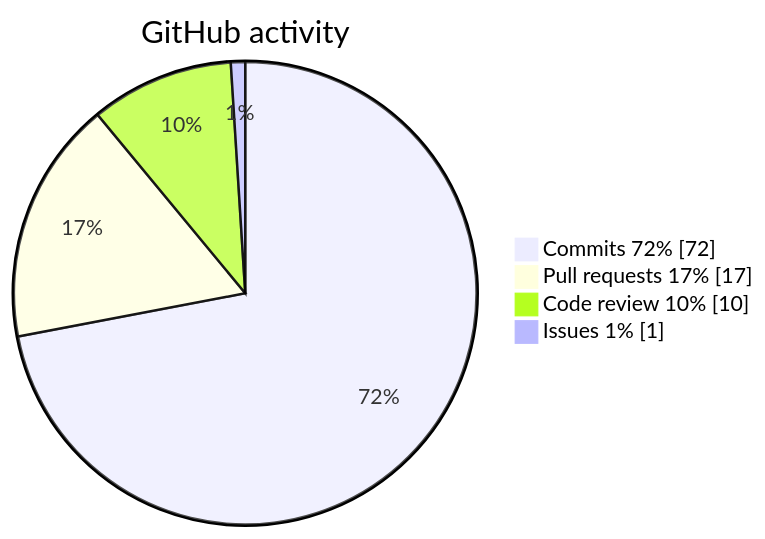
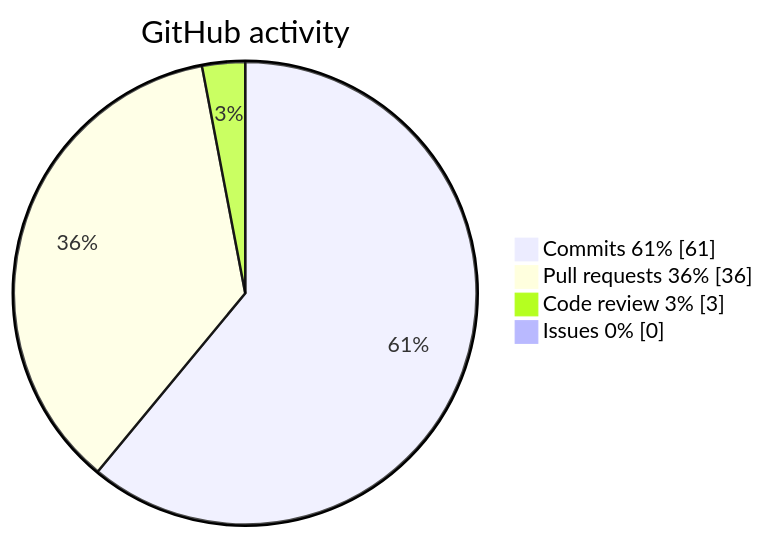
One commit to krotname/KrotName changed the diagram in README.en.md. Above: the diagram before and after it, drawn with Mermaid. The commit also changed other lines of this file and 1 other file, not shown here.

Commit message:
Update profile metrics

````diff
--- a/README.en.md
+++ b/README.en.md
@@ -48,8 +48,8 @@
 ```mermaid
 pie showData
     title GitHub activity
-    "Commits 72%" : 72
-    "Pull requests 17%" : 17
-    "Code review 10%" : 10
-    "Issues 1%" : 1
+    "Commits 61%" : 61
+    "Pull requests 36%" : 36
+    "Code review 3%" : 3
+    "Issues 0%" : 0
 ```
````
